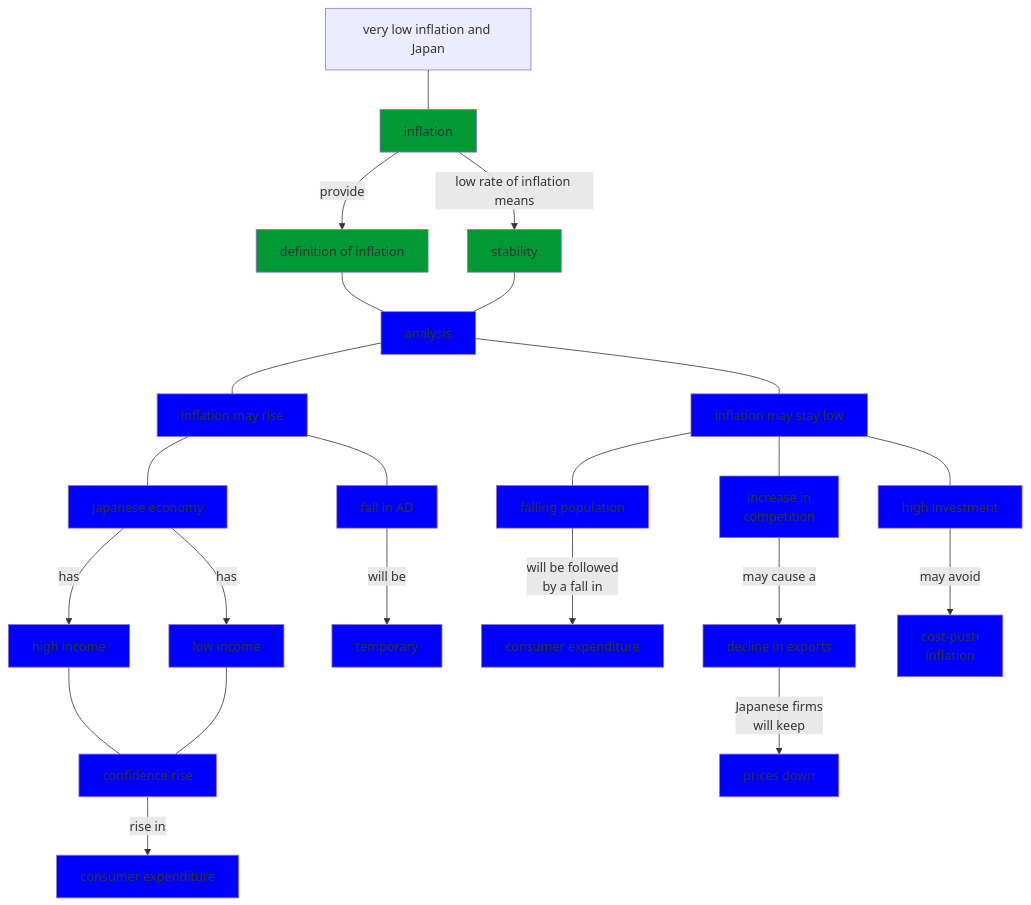
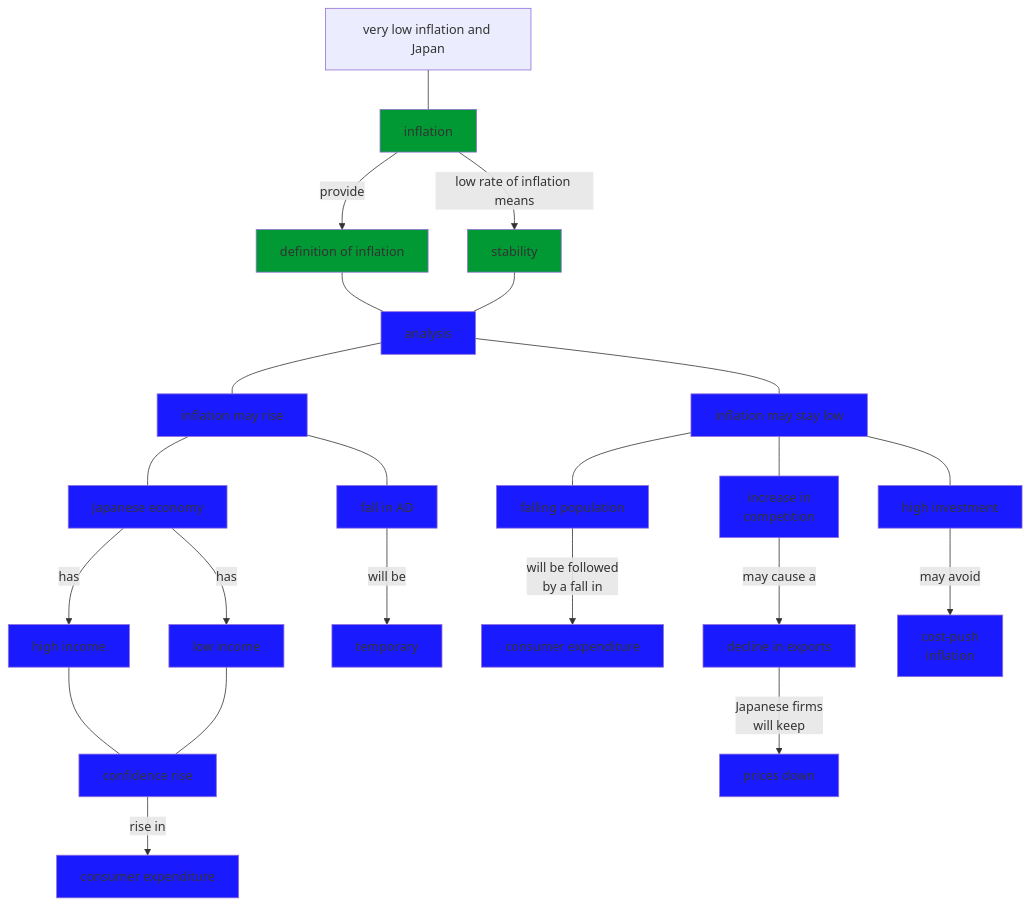
The third of 5 diagrams in docs/media/mermaid/2iec-econ-drq-unit4.md (econmediadb/slides), drawn with Mermaid before and after one commit. The commit also changed other lines of this file and 1 other file, not shown here.

Commit message:
update lighter shade of blue

````diff
--- a/docs/media/mermaid/2iec-econ-drq-unit4.md
+++ b/docs/media/mermaid/2iec-econ-drq-unit4.md
@@ -85,53 +85,53 @@
 ```mermaid
 graph TD;
     A[very low inflation and Japan] 
     A --- B[inflation]
     B -- provide --> B1[definition of inflation]
     B -- low rate of inflation means --> B2[stability]
     B1 --- C[analysis]
     B2 --- C
     C --- C1[inflation may rise]
     C --- C2[inflation may stay low]
 
     C1 --- C11[Japanese economy]
     C11 -- has --> C111[high income]
     C11 -- has --> C112[low income]
     C111 --- C11a[confidence rise]
     C112 --- C11a
     C11a -- rise in --> C11b[consumer expenditure]
 
     C1 --- C12[fall in AD]
     C12 -- will be --> C121[temporary]
 
     C2 --- C21[falling population]
     C21 -- will be followed <br> by a fall in --> C21a[consumer expenditure] 
 
     C2 --- C22[increase in <br> competition]
     C22 -- may cause a --> C221[decline in exports]
     C221 -- Japanese firms <br> will keep --> C222[prices down]
 
     C2 --- C23[high investment]
     C23 -- may avoid --> C231[cost-push <br> inflation]
 
     style B fill:#009933
     style B1 fill:#009933    
     style B2 fill:#009933
 
-    style C fill:#0000FF
-    style C1 fill:#0000FF
-    style C11 fill:#0000FF
-    style C111 fill:#0000FF
-    style C112 fill:#0000FF
-    style C11a fill:#0000FF 
-    style C11b fill:#0000FF      
-    style C12 fill:#0000FF          
-    style C121 fill:#0000FF              
-    style C2 fill:#0000FF        
-    style C21 fill:#0000FF
-    style C21a fill:#0000FF
-    style C22 fill:#0000FF
-    style C221 fill:#0000FF
-    style C222 fill:#0000FF
-    style C23 fill:#0000FF 
-    style C231 fill:#0000FF                       
+    style C fill:#1A1AFF
+    style C1 fill:#1A1AFF
+    style C11 fill:#1A1AFF
+    style C111 fill:#1A1AFF
+    style C112 fill:#1A1AFF
+    style C11a fill:#1A1AFF 
+    style C11b fill:#1A1AFF      
+    style C12 fill:#1A1AFF          
+    style C121 fill:#1A1AFF              
+    style C2 fill:#1A1AFF        
+    style C21 fill:#1A1AFF
+    style C21a fill:#1A1AFF
+    style C22 fill:#1A1AFF
+    style C221 fill:#1A1AFF
+    style C222 fill:#1A1AFF
+    style C23 fill:#1A1AFF 
+    style C231 fill:#1A1AFF                       
 ```
````
